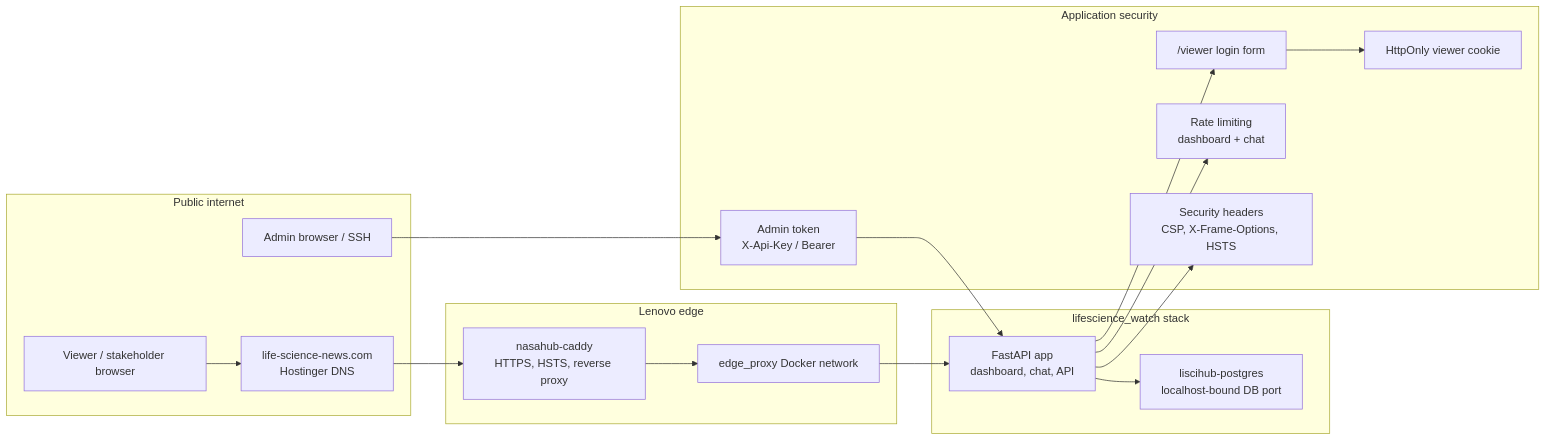
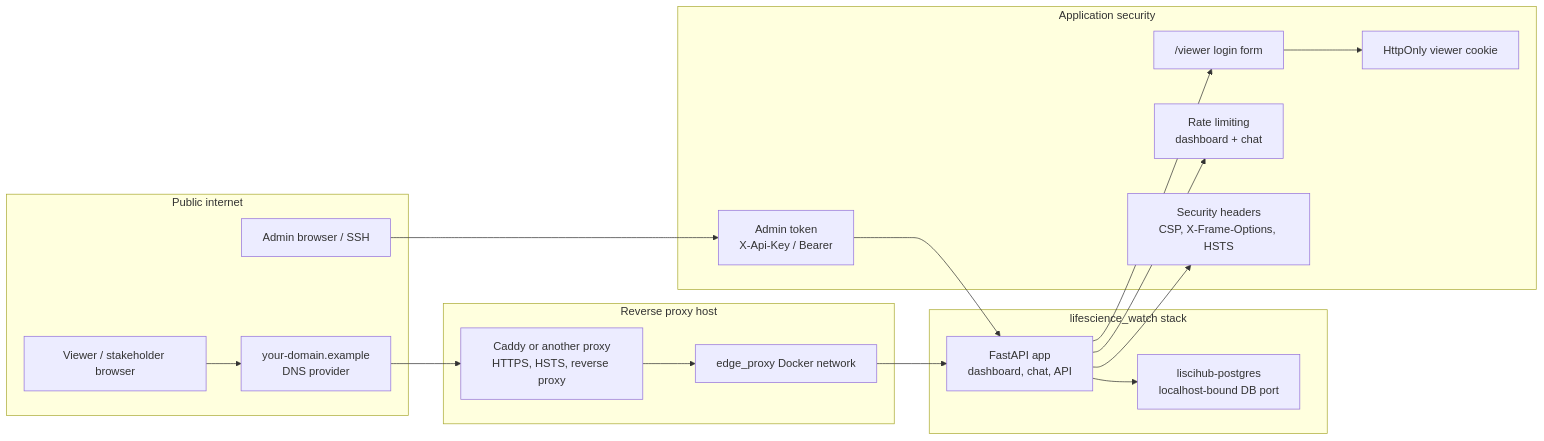
Before and after one commit to valentinjoseph/lifescihub: the fourth of 4 diagrams in docs/architecture/liscihub_technical_architecture.md, drawn with Mermaid. The commit also changed other lines of this file and 5 other files, not shown here.

````diff
--- a/docs/architecture/liscihub_technical_architecture.md
+++ b/docs/architecture/liscihub_technical_architecture.md
@@ -199,38 +204,38 @@
 ```mermaid
 flowchart LR
     subgraph Public["Public internet"]
         User["Viewer / stakeholder browser"]
         Admin["Admin browser / SSH"]
-        Domain["life-science-news.com<br/>Hostinger DNS"]
+        Domain["your-domain.example<br/>DNS provider"]
     end
 
-    subgraph Edge["Lenovo edge"]
-        Caddy["nasahub-caddy<br/>HTTPS, HSTS, reverse proxy"]
+    subgraph Edge["Reverse proxy host"]
+        Caddy["Caddy or another proxy<br/>HTTPS, HSTS, reverse proxy"]
         EdgeNet["edge_proxy Docker network"]
     end
 
     subgraph AppStack["lifescience_watch stack"]
         App["FastAPI app<br/>dashboard, chat, API"]
         PG["liscihub-postgres<br/>localhost-bound DB port"]
     end
 
     subgraph Auth["Application security"]
         ViewerLogin["/viewer login form"]
         ViewerCookie["HttpOnly viewer cookie"]
         AdminToken["Admin token<br/>X-Api-Key / Bearer"]
         RateLimit["Rate limiting<br/>dashboard + chat"]
         Headers["Security headers<br/>CSP, X-Frame-Options, HSTS"]
     end
 
     User --> Domain
     Domain --> Caddy
     Caddy --> EdgeNet
     EdgeNet --> App
     App --> ViewerLogin
     ViewerLogin --> ViewerCookie
     App --> RateLimit
     App --> Headers
     Admin --> AdminToken
     AdminToken --> App
     App --> PG
 ```
````
